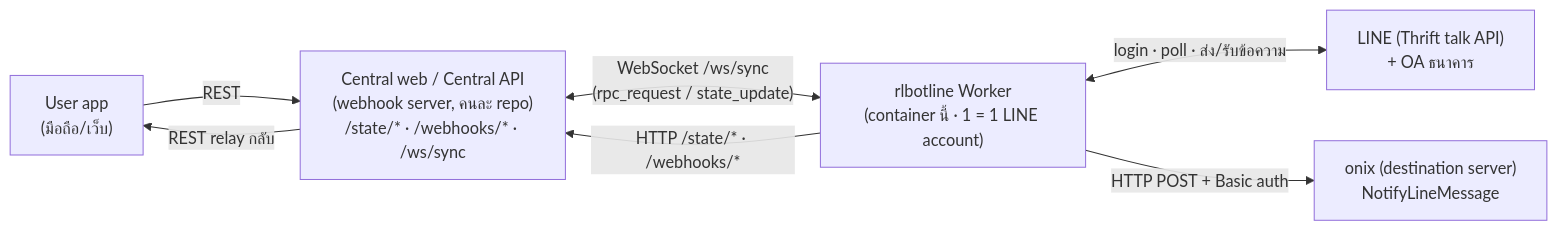
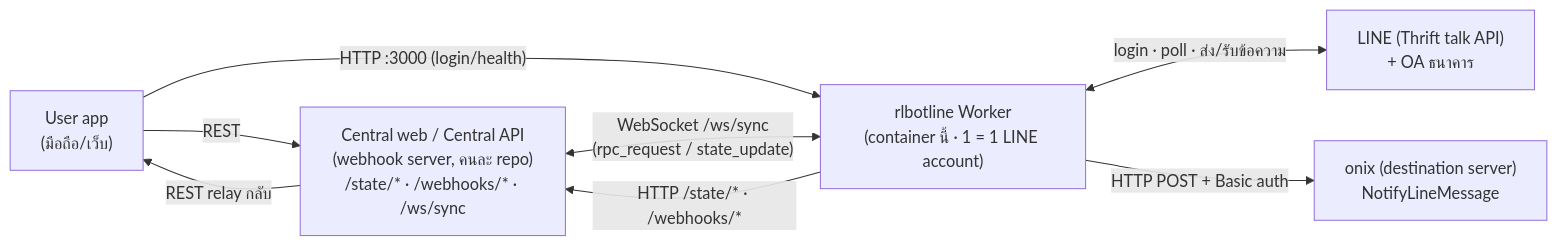
Before and after one commit to wintech-thai/please-payment-agent: the first of 2 diagrams in .docs/architecture.md, drawn with Mermaid. The commit also changed other lines of this file and 14 other files, not shown here.

First line of the commit message:
feat: standalone inbound HTTP API for on-demand login

````diff
--- a/.docs/architecture.md
+++ b/.docs/architecture.md
@@ -21,15 +21,16 @@
 ```mermaid
 flowchart LR
   UA["User app<br/>(มือถือ/เว็บ)"]
   CW["Central web / Central API<br/>(webhook server, คนละ repo)<br/>/state/* · /webhooks/* · /ws/sync"]
   W["rlbotline Worker<br/>(container นี้ · 1 = 1 LINE account)"]
   LINE["LINE (Thrift talk API)<br/>+ OA ธนาคาร"]
   ONIX["onix (destination server)<br/>NotifyLineMessage"]
 
   UA -->|"REST"| CW
   CW -->|"REST relay กลับ"| UA
+  UA -->|"HTTP :3000 (login/health)"| W
   CW <-->|"WebSocket /ws/sync<br/>(rpc_request / state_update)"| W
   W -->|"HTTP /state/* · /webhooks/*"| CW
   W <-->|"login · poll · ส่ง/รับข้อความ"| LINE
   W -->|"HTTP POST + Basic auth"| ONIX
 ```
````
